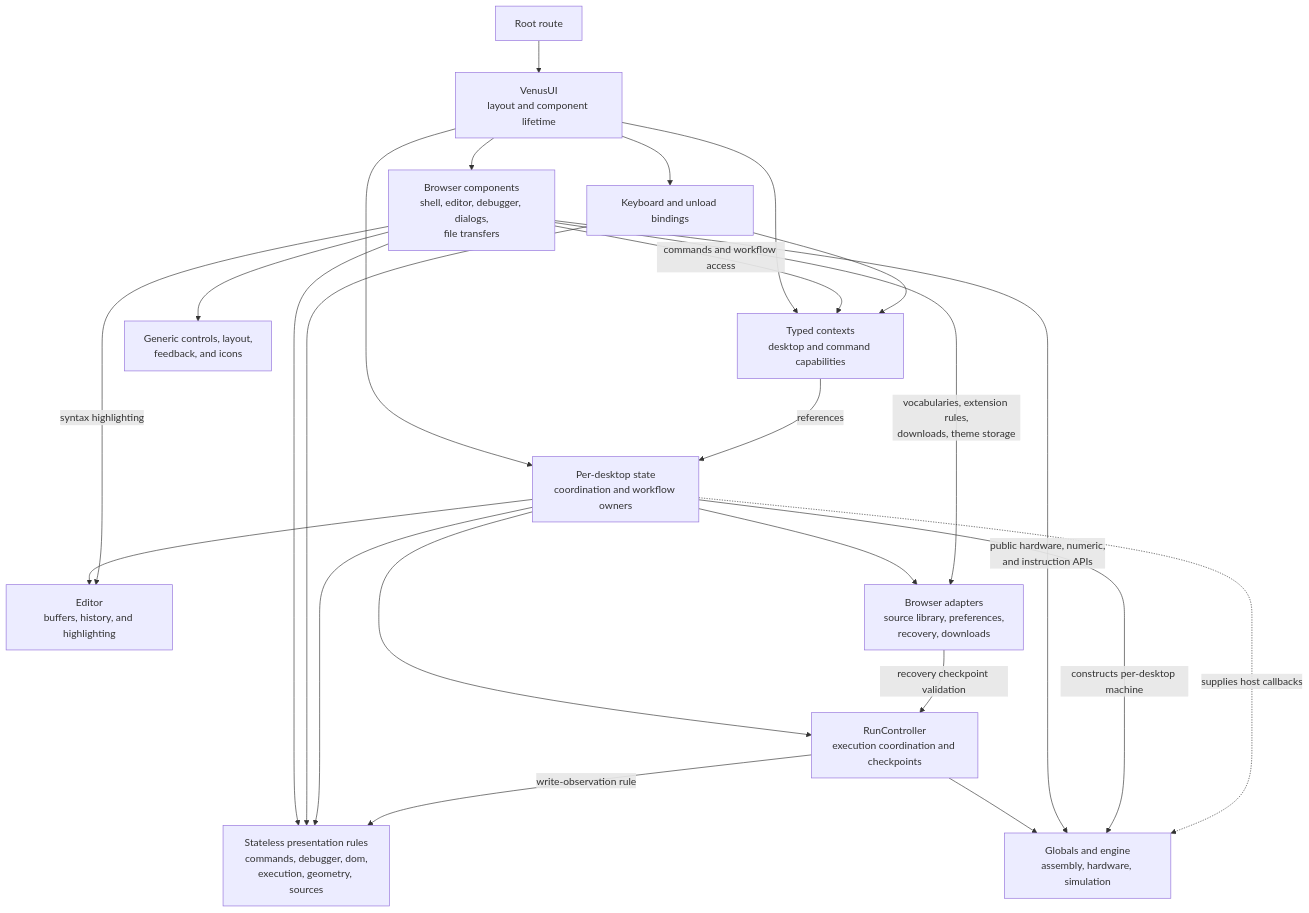
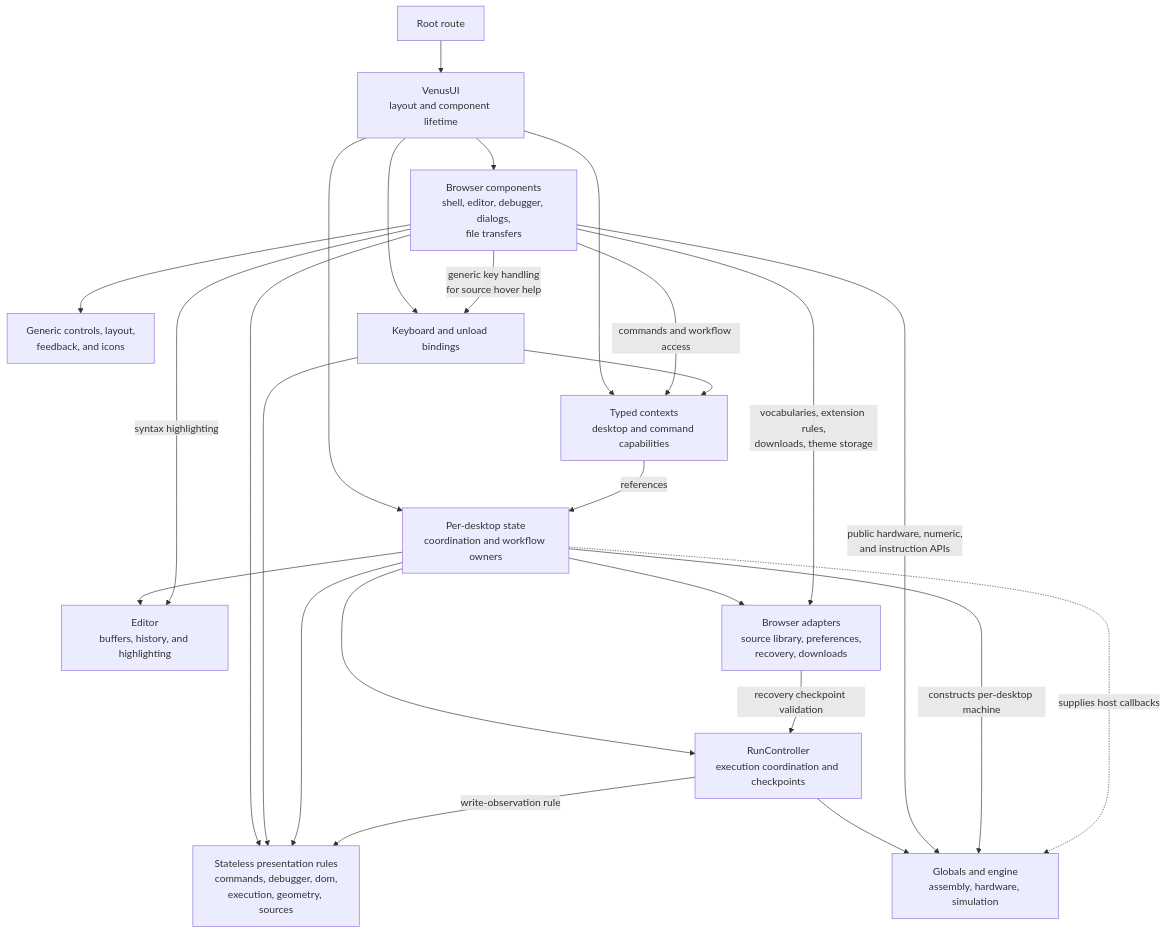
One commit to awpala/MARS-ts changed the first of 2 diagrams in src/lib/venus/README.md. Above: the diagram before and after it, drawn with Mermaid. The commit also changed other lines of this file and 71 other files, not shown here.

Commit message:
refactor: reorganize src/lib/browser into submodules; also, simplify high-level architecture diagram in src/lib/README.md

````diff
--- a/src/lib/venus/README.md
+++ b/src/lib/venus/README.md
@@ -15,26 +15,27 @@
 ```mermaid
 flowchart TB
     Route["Root route"] --> Root["VenusUI<br/>layout and component lifetime"]
     Root --> State["Per-desktop state<br/>coordination and workflow owners"]
     Root --> Context["Typed contexts<br/>desktop and command capabilities"]
     Context -->|references| State
     Root --> Views["Browser components<br/>shell, editor, debugger, dialogs,<br/>file transfers"]
     Views -->|commands and workflow access| Context
     Views --> Primitives["Generic controls, layout,<br/>feedback, and icons"]
     Root --> Hooks["Keyboard and unload bindings"]
     Hooks --> Context
+    Views -->|"generic key handling<br/>for source hover help"| Hooks
     Views --> Utilities["Stateless presentation rules<br/>commands, debugger, dom,<br/>execution, geometry, sources"]
     Hooks --> Utilities
     State --> Utilities
     State --> Editor["Editor<br/>buffers, history, and highlighting"]
     Views -->|syntax highlighting| Editor
     State --> Browser["Browser adapters<br/>source library, preferences,<br/>recovery, downloads"]
     Views -->|"vocabularies, extension rules,<br/>downloads, theme storage"| Browser
     State --> Controller["RunController<br/>execution coordination and checkpoints"]
     Browser -->|"recovery checkpoint validation"| Controller
     Controller --> Engine["Globals and engine<br/>assembly, hardware, simulation"]
     Controller -->|"write-observation rule"| Utilities
     Views -->|"public hardware, numeric,<br/>and instruction APIs"| Engine
     State -->|constructs per-desktop machine| Engine
     State -.->|supplies host callbacks| Engine
 ```
````
